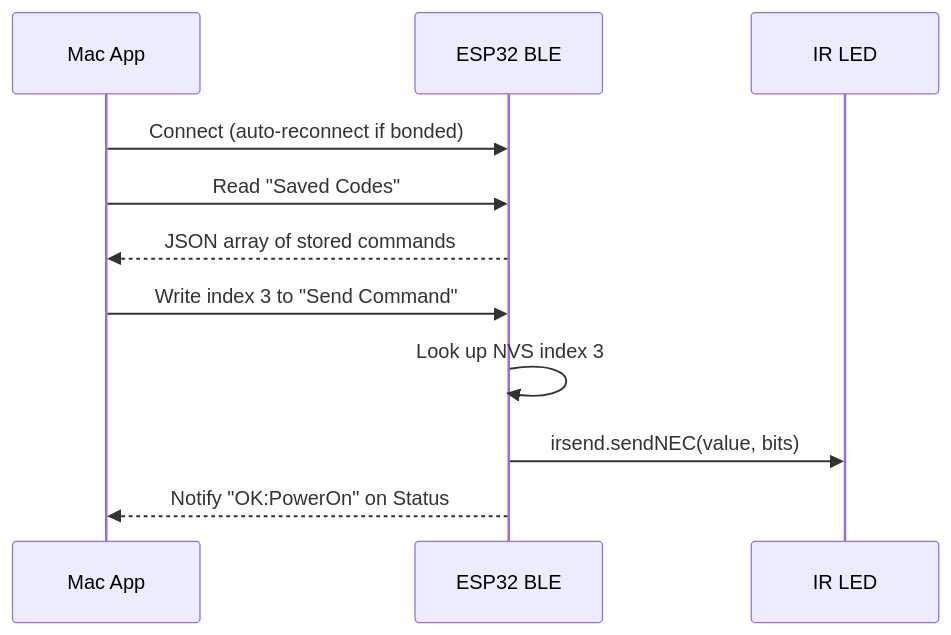
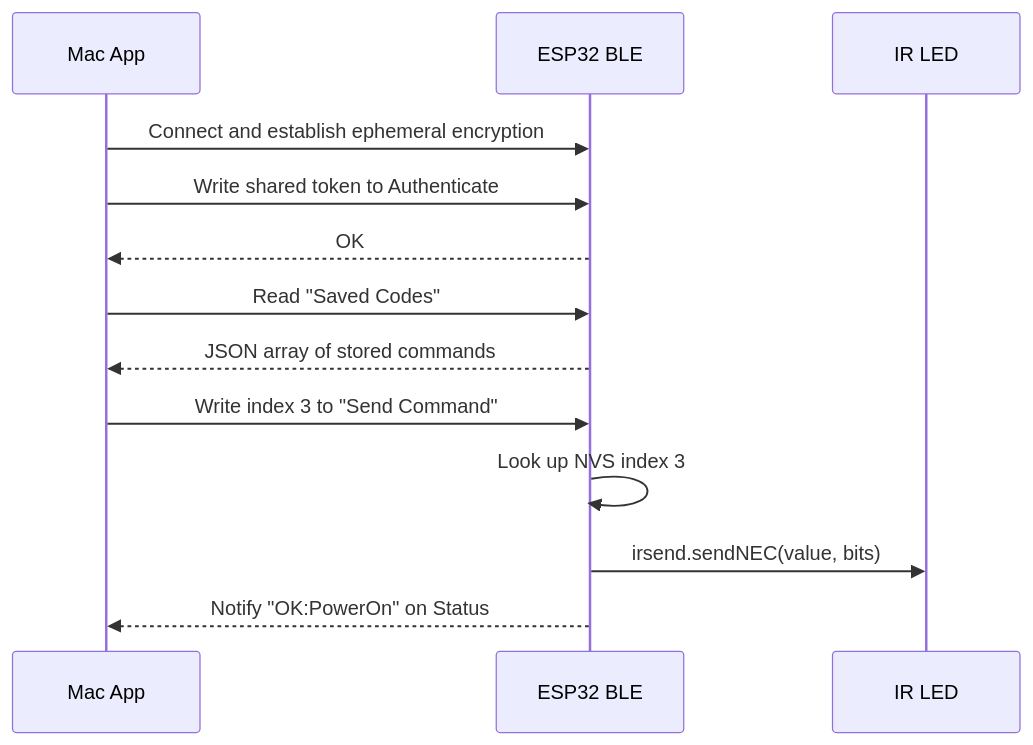
Before and after one commit to newmaniese/ESP-BlasterHub: the diagram in docs/bluetooth.md, drawn with Mermaid. The commit also changed other lines of this file and 12 other files, not shown here.

First line of the commit message:
Implement BLE session authorization with shared token and enhance configuration documentation

````diff
--- a/docs/bluetooth.md
+++ b/docs/bluetooth.md
@@ -128,15 +126,17 @@
 ```mermaid
 sequenceDiagram
     participant Mac as Mac App
     participant BLE as ESP32 BLE
     participant IR as IR LED
 
-    Mac->>BLE: Connect (auto-reconnect if bonded)
+    Mac->>BLE: Connect and establish ephemeral encryption
+    Mac->>BLE: Write shared token to Authenticate
+    BLE-->>Mac: OK
     Mac->>BLE: Read "Saved Codes"
     BLE-->>Mac: JSON array of stored commands
 
     Mac->>BLE: Write index 3 to "Send Command"
     BLE->>BLE: Look up NVS index 3
     BLE->>IR: irsend.sendNEC(value, bits)
     BLE-->>Mac: Notify "OK:PowerOn" on Status
 ```
````
